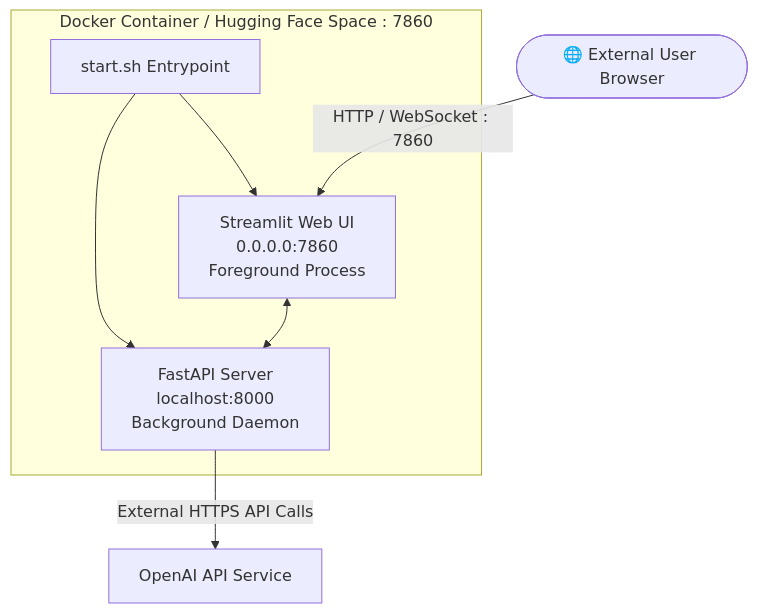
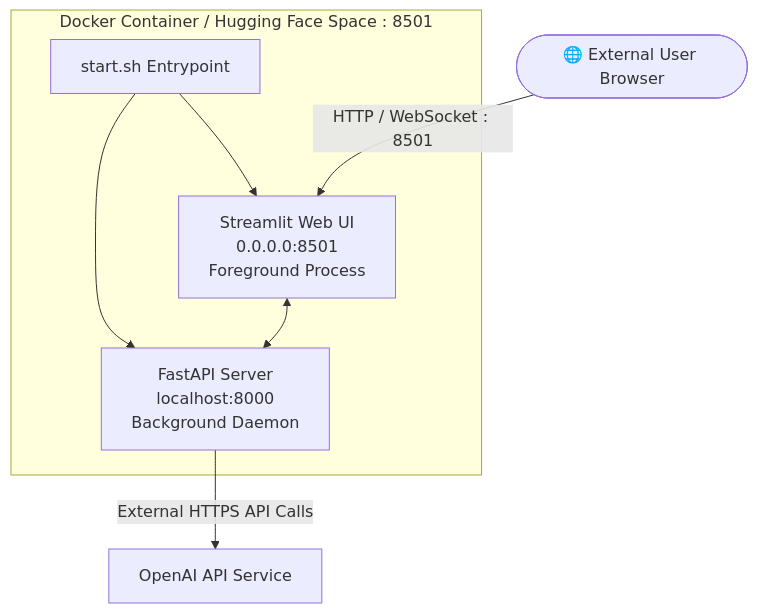
The diagram in docs/DEPLOYMENT.md (dreww01/resume-maker), drawn with Mermaid before and after one commit. The commit also changed other lines of this file and 3 other files, not shown here.

````diff
--- a/docs/DEPLOYMENT.md
+++ b/docs/DEPLOYMENT.md
@@ -11,12 +11,12 @@
 ```mermaid
 flowchart TD
-    subgraph Container [Docker Container / Hugging Face Space : 7860]
+    subgraph Container [Docker Container / Hugging Face Space : 8501]
         Start[start.sh Entrypoint]
         Start --> FastAPIService[FastAPI Server\nlocalhost:8000\nBackground Daemon]
-        Start --> StreamlitApp[Streamlit Web UI\n0.0.0.0:7860\nForeground Process]
+        Start --> StreamlitApp[Streamlit Web UI\n0.0.0.0:8501\nForeground Process]
         StreamlitApp <--> FastAPIService
     end
 
-    Client([🌐 External User Browser]) -->|HTTP / WebSocket : 7860| StreamlitApp
+    Client([🌐 External User Browser]) -->|HTTP / WebSocket : 8501| StreamlitApp
     FastAPIService -->|External HTTPS API Calls| OpenAI[OpenAI API Service]
 ```
````
